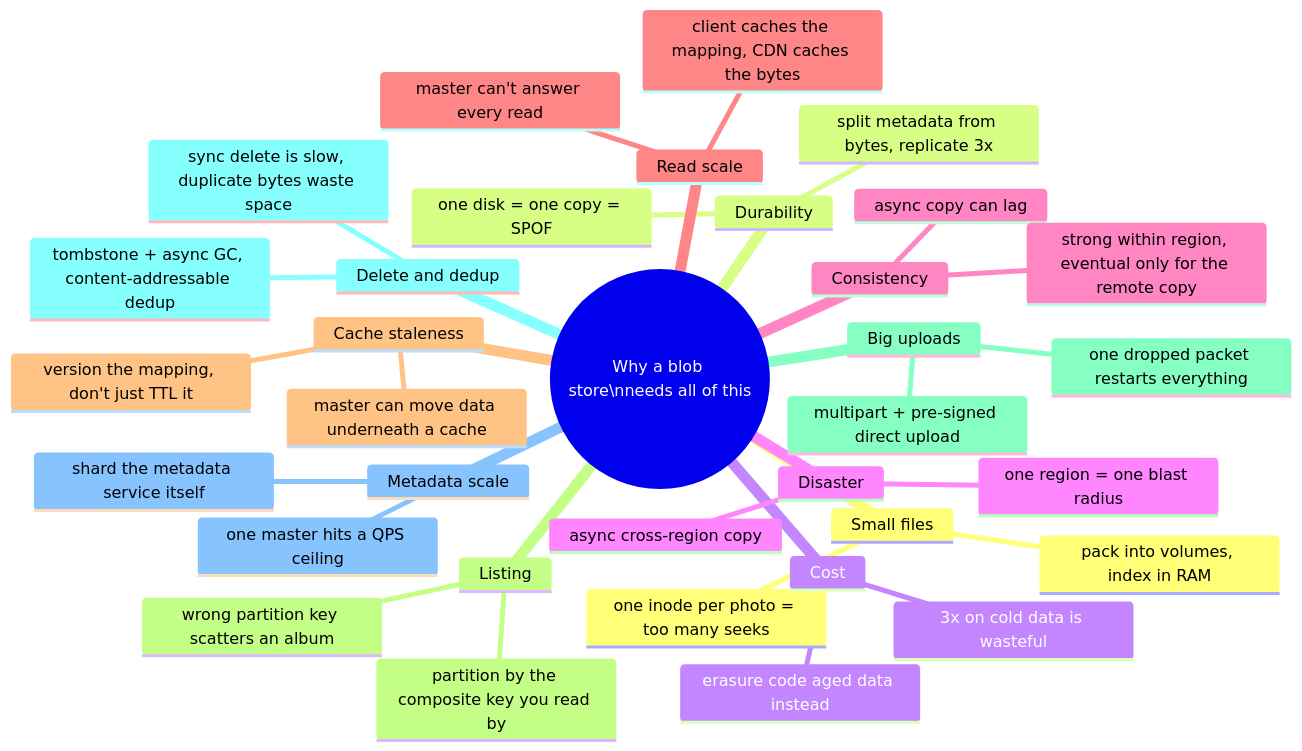
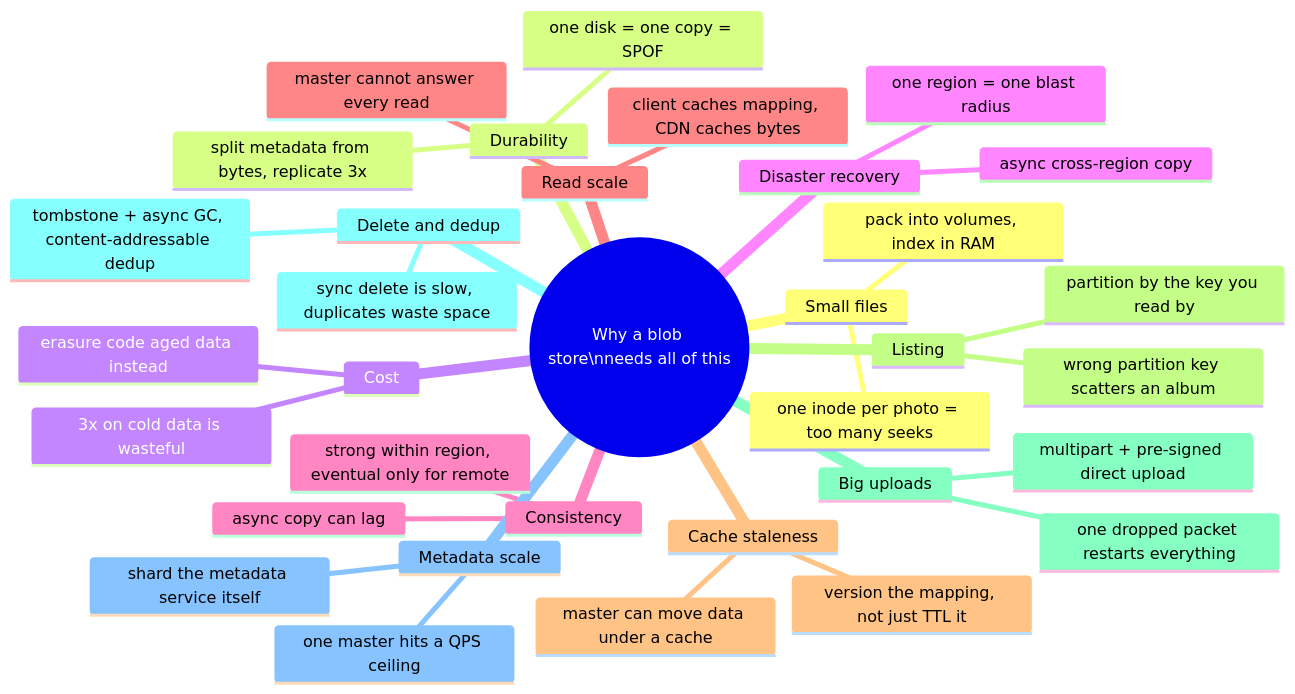
Diagram 16 of 16 in system-design/HLD/0-course/20-Blob-Store-FAANG-Guide-story.md (riyaz-pasha/Learnings), drawn with Mermaid before and after one commit. The commit also changed other lines of this file and 1 other file, not shown here.

First line of the commit message:
improve readability and fix mermaid diagrams for Blob Store guides

````diff
--- a/system-design/HLD/0-course/20-Blob-Store-FAANG-Guide-story.md
+++ b/system-design/HLD/0-course/20-Blob-Store-FAANG-Guide-story.md
@@ -379,37 +665,37 @@
 ```mermaid
 mindmap
   root((Why a blob store\nneeds all of this))
     Small files
       one inode per photo = too many seeks
       pack into volumes, index in RAM
     Durability
       one disk = one copy = SPOF
       split metadata from bytes, replicate 3x
     Cost
       3x on cold data is wasteful
       erasure code aged data instead
-    Disaster
+    Disaster recovery
       one region = one blast radius
       async cross-region copy
     Consistency
       async copy can lag
-      strong within region, eventual only for the remote copy
+      strong within region, eventual only for remote
     Read scale
-      master can't answer every read
-      client caches the mapping, CDN caches the bytes
+      master cannot answer every read
+      client caches mapping, CDN caches bytes
     Cache staleness
-      master can move data underneath a cache
-      version the mapping, don't just TTL it
+      master can move data under a cache
+      version the mapping, not just TTL it
     Listing
       wrong partition key scatters an album
-      partition by the composite key you read by
+      partition by the key you read by
     Big uploads
       one dropped packet restarts everything
       multipart + pre-signed direct upload
     Delete and dedup
-      sync delete is slow, duplicate bytes waste space
+      sync delete is slow, duplicates waste space
       tombstone + async GC, content-addressable dedup
     Metadata scale
       one master hits a QPS ceiling
       shard the metadata service itself
 ```
````
